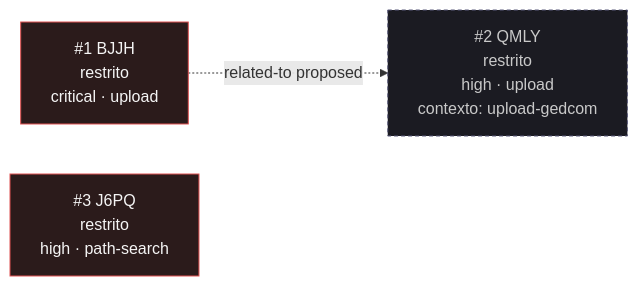
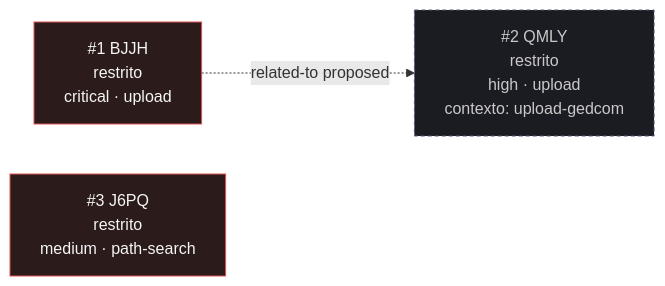
One commit to Adriano1976/reversa-analisador-genealogico changed the diagram in _reversa_bugs/busca-caminho/generated/graph.md. Above: the diagram before and after it, drawn with Mermaid. The commit also changed other lines of this file and 25 other files, not shown here.

````diff
--- a/_reversa_bugs/busca-caminho/generated/graph.md
+++ b/_reversa_bugs/busca-caminho/generated/graph.md
@@ -5,10 +5,10 @@
 ```mermaid
 graph LR
   BUG-20260929-BJJH["#1 BJJH<br/>restrito<br/>critical · upload"]
   style BUG-20260929-BJJH fill:#2b1b1b,stroke:#e05252,color:#f5f5f5
-  BUG-20260929-J6PQ["#3 J6PQ<br/>restrito<br/>high · path-search"]
+  BUG-20260929-J6PQ["#3 J6PQ<br/>restrito<br/>medium · path-search"]
   style BUG-20260929-J6PQ fill:#2b1b1b,stroke:#e05252,color:#f5f5f5
   BUG-20260929-QMLY["#2 QMLY<br/>restrito<br/>high · upload<br/>contexto: upload-gedcom"]
   style BUG-20260929-QMLY fill:#1b1b22,stroke:#5a5a7a,color:#c9c9c9,stroke-dasharray:4 3
   BUG-20260929-BJJH -.->|related-to proposed| BUG-20260929-QMLY
 ```
````
